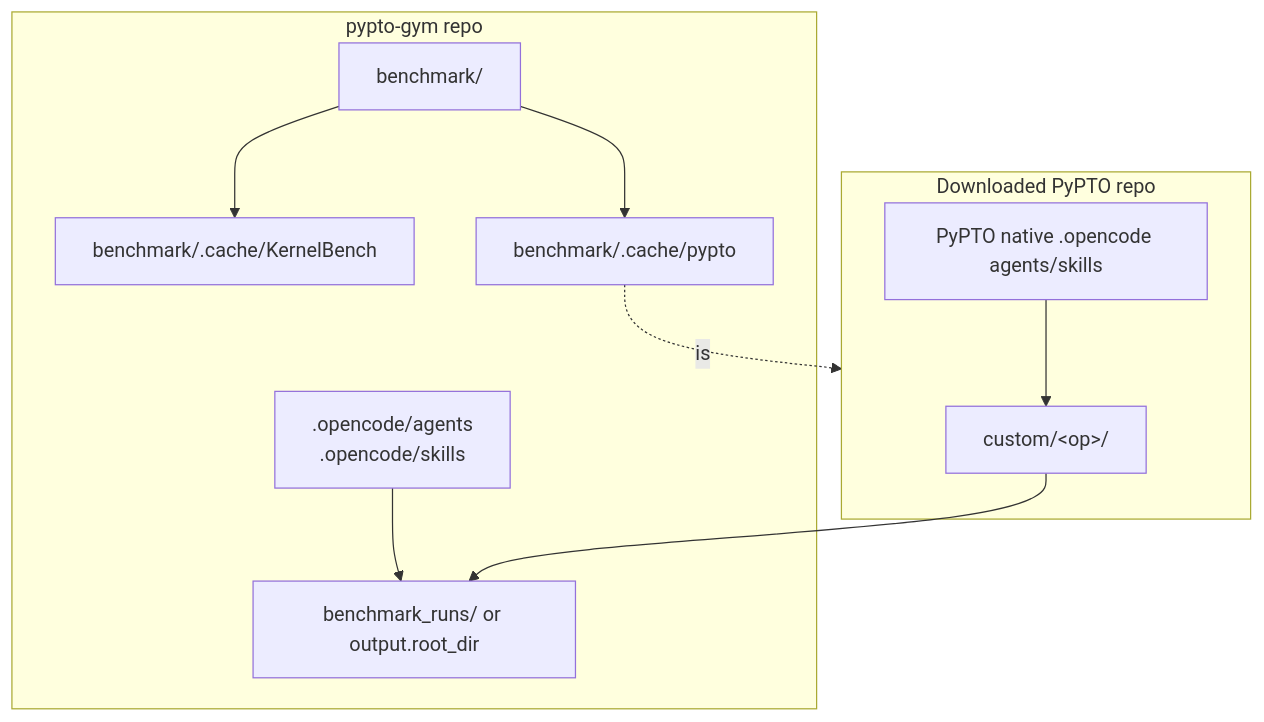
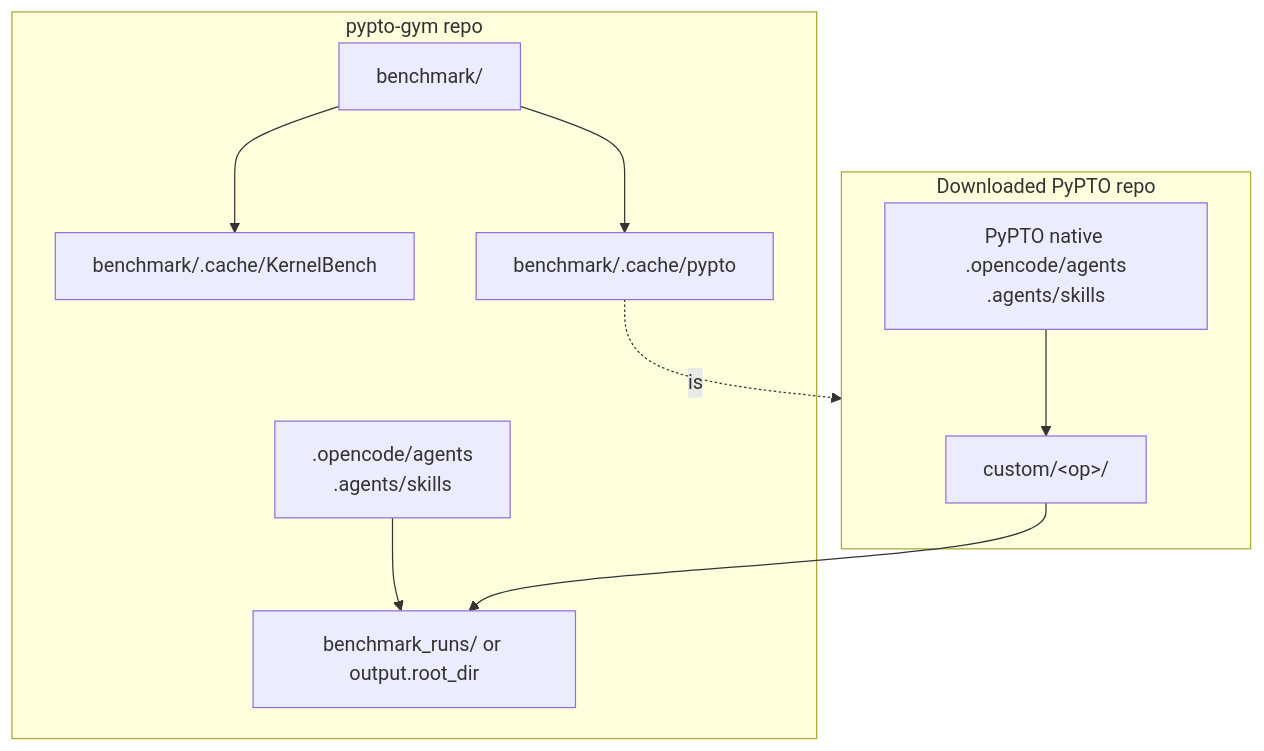
Before and after one commit to hicann/pypto-gym: the third of 3 diagrams in benchmark/docs/architecture.md, drawn with Mermaid. The commit also changed 14 other files, not shown here.

````diff
--- a/benchmark/docs/architecture.md
+++ b/benchmark/docs/architecture.md
@@ -71,22 +71,22 @@
 ```mermaid
 flowchart TB
     subgraph GymRepo["pypto-gym repo"]
         Bench["benchmark/"]
-        GymAgents[".opencode/agents<br/>.opencode/skills"]
+        GymAgents[".opencode/agents<br/>.agents/skills"]
         Runs["benchmark_runs/ or output.root_dir"]
         KB["benchmark/.cache/KernelBench"]
         PyCache["benchmark/.cache/pypto"]
     end
 
     subgraph PyPTO["Downloaded PyPTO repo"]
         Custom["custom/&lt;op&gt;/"]
-        PyAgents["PyPTO native .opencode agents/skills"]
+        PyAgents["PyPTO native .opencode/agents<br/>.agents/skills"]
     end
 
     PyCache -. "is" .-> PyPTO
     Bench --> KB
     Bench --> PyCache
     PyAgents --> Custom
     GymAgents --> Runs
     Custom --> Runs
 ```
````
